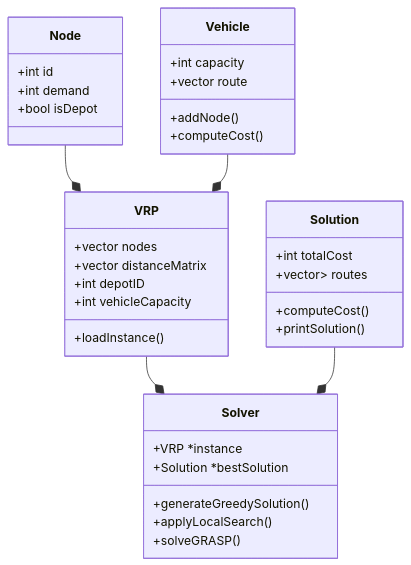
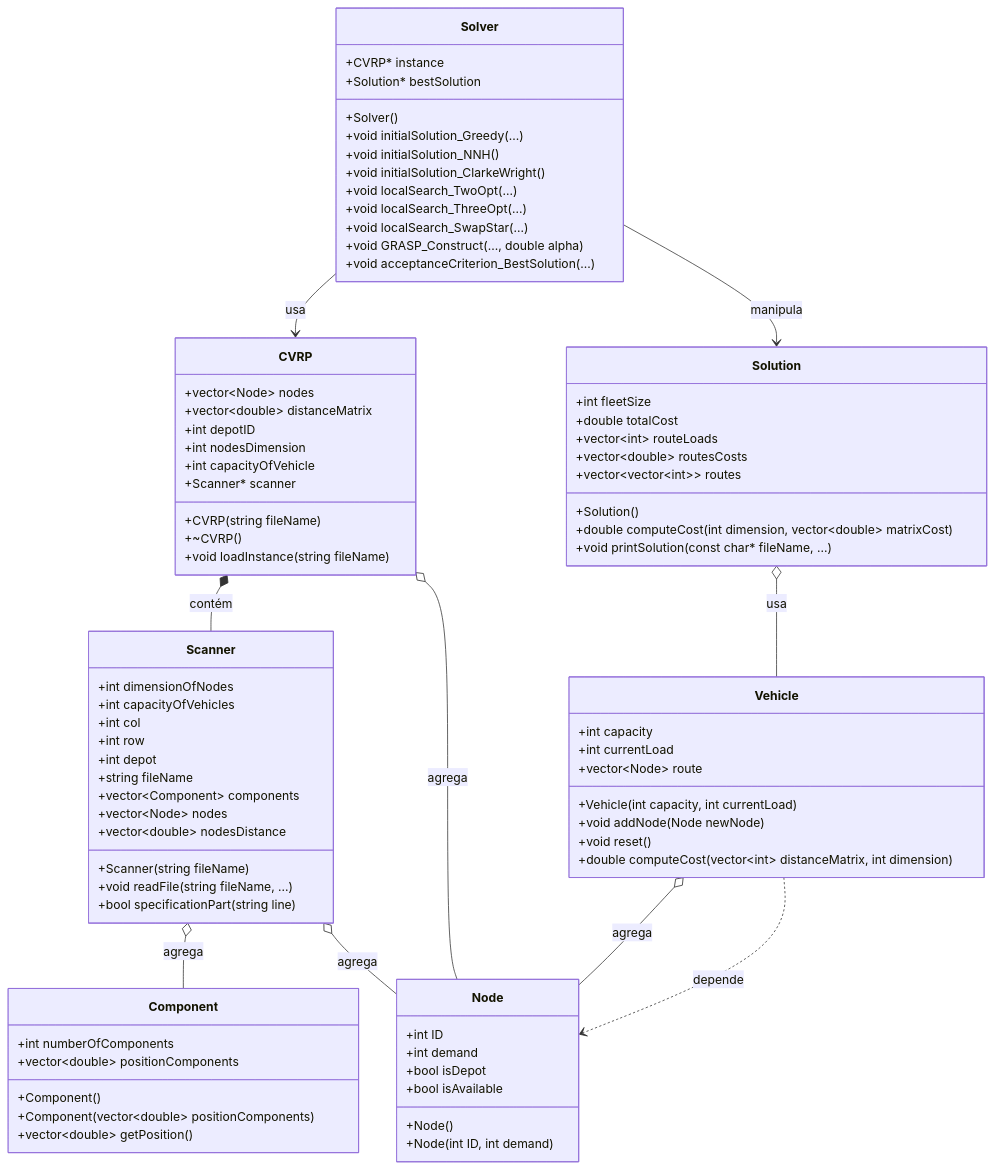
Before and after one commit to IsaacKosloski/CapacitatedVehicleRoutingProblem-GRASP: the second of 6 diagrams in README.md, drawn with Mermaid. The commit also changed other lines of this file, not shown here.

First line of the commit message:
docs: Refatorar README com diagramas técnicos completos e precisos

````diff
--- a/README.md
+++ b/README.md
@@ -70,43 +236,94 @@
 ```mermaid
 classDiagram
     class Node {
-        +int id
+        +int ID
         +int demand
         +bool isDepot
+        +bool isAvailable
+        +Node()
+        +Node(int ID, int demand)
     }
-    
+
+    class Component {
+        +int numberOfComponents
+        +vector~double~ positionComponents
+        +Component()
+        +Component(vector~double~ positionComponents)
+        +vector~double~ getPosition()
+    }
+
     class Vehicle {
         +int capacity
-        +vector<int> route
-        +addNode()
-        +computeCost()
+        +int currentLoad
+        +vector~Node~ route
+        +Vehicle(int capacity, int currentLoad)
+        +void addNode(Node newNode)
+        +void reset()
+        +double computeCost(vector~int~ distanceMatrix, int dimension)
     }
 
-    class VRP {
-        +vector<Node> nodes
-        +vector<double> distanceMatrix
+    class Scanner {
+        +int dimensionOfNodes
+        +int capacityOfVehicles
+        +int col
+        +int row
+        +int depot
+        +string fileName
+        +vector~Component~ components
+        +vector~Node~ nodes
+        +vector~double~ nodesDistance
+        +Scanner(string fileName)
+        +void readFile(string fileName, ...)
+        +bool specificationPart(string line)
+    }
+
+    class CVRP {
+        +vector~Node~ nodes
+        +vector~double~ distanceMatrix
         +int depotID
-        +int vehicleCapacity
-        +loadInstance()
+        +int nodesDimension
+        +int capacityOfVehicle
+        +Scanner* scanner
+        +CVRP(string fileName)
+        +~CVRP()
+        +void loadInstance(string fileName)
     }
 
     class Solution {
-        +int totalCost
-        +vector<vector<int>> routes
-        +computeCost()
-        +printSolution()
+        +int fleetSize
+        +double totalCost
+        +vector~int~ routeLoads
+        +vector~double~ routesCosts
+        +vector~vector~int~~ routes
+        +Solution()
+        +double computeCost(int dimension, vector~double~ matrixCost)
+        +void printSolution(const char* fileName, ...)
     }
 
     class Solver {
-        +VRP *instance
-        +Solution *bestSolution
-        +generateGreedySolution()
-        +applyLocalSearch()
-        +solveGRASP()
+        +CVRP* instance
+        +Solution* bestSolution
+        +Solver()
+        +void initialSolution_Greedy(...)
+        +void initialSolution_NNH()
+        +void initialSolution_ClarkeWright()
+        +void localSearch_TwoOpt(...)
+        +void localSearch_ThreeOpt(...)
+        +void localSearch_SwapStar(...)
+        +void GRASP_Construct(..., double alpha)
+        +void acceptanceCriterion_BestSolution(...)
     }
-    
-    Node --* VRP
-    Vehicle --* VRP
-    VRP --* Solver
-    Solution --* Solver
+
+    %% Relações de Composição
+    CVRP *-- Scanner : contém
+    CVRP o-- Node : agrega
+    Scanner o-- Component : agrega
+    Scanner o-- Node : agrega
+    Vehicle o-- Node : agrega
+    Solution o-- Vehicle : usa
+
+    %% Relações de Associação
+    Solver --> CVRP : usa
+    Solver --> Solution : manipula
+    Vehicle ..> Node : depende
 ```
````
